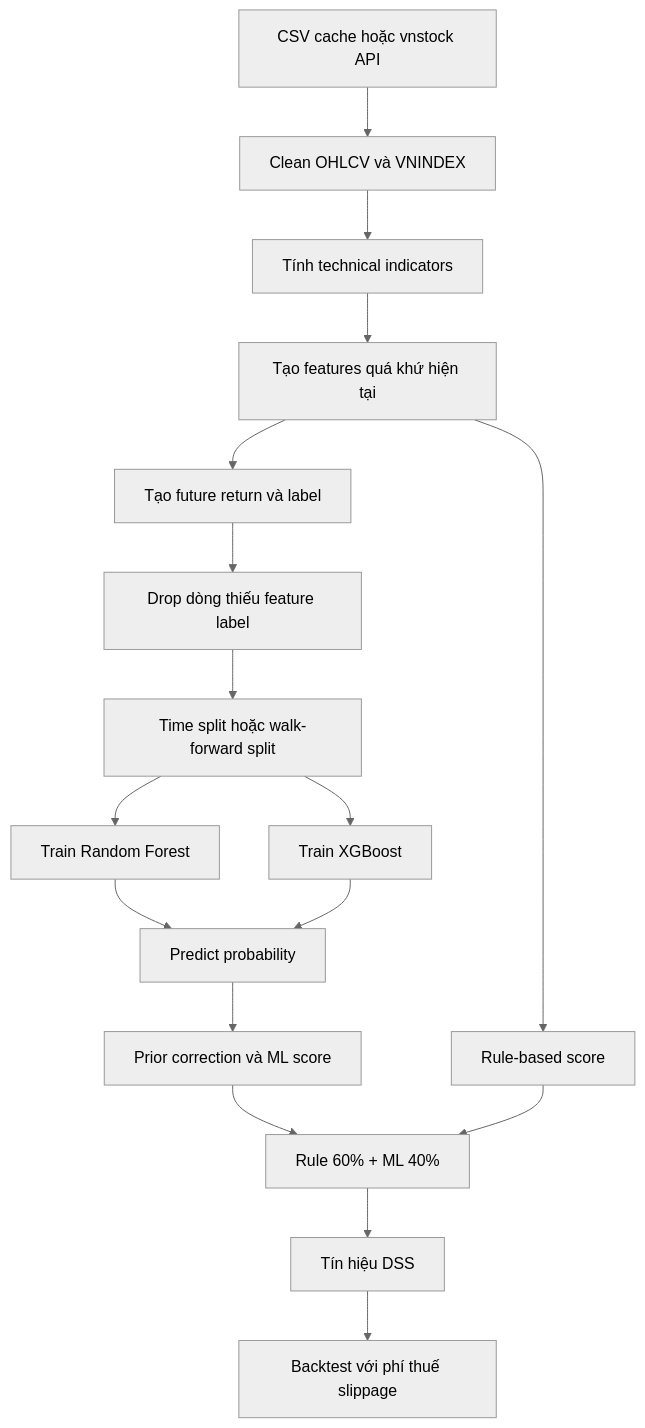
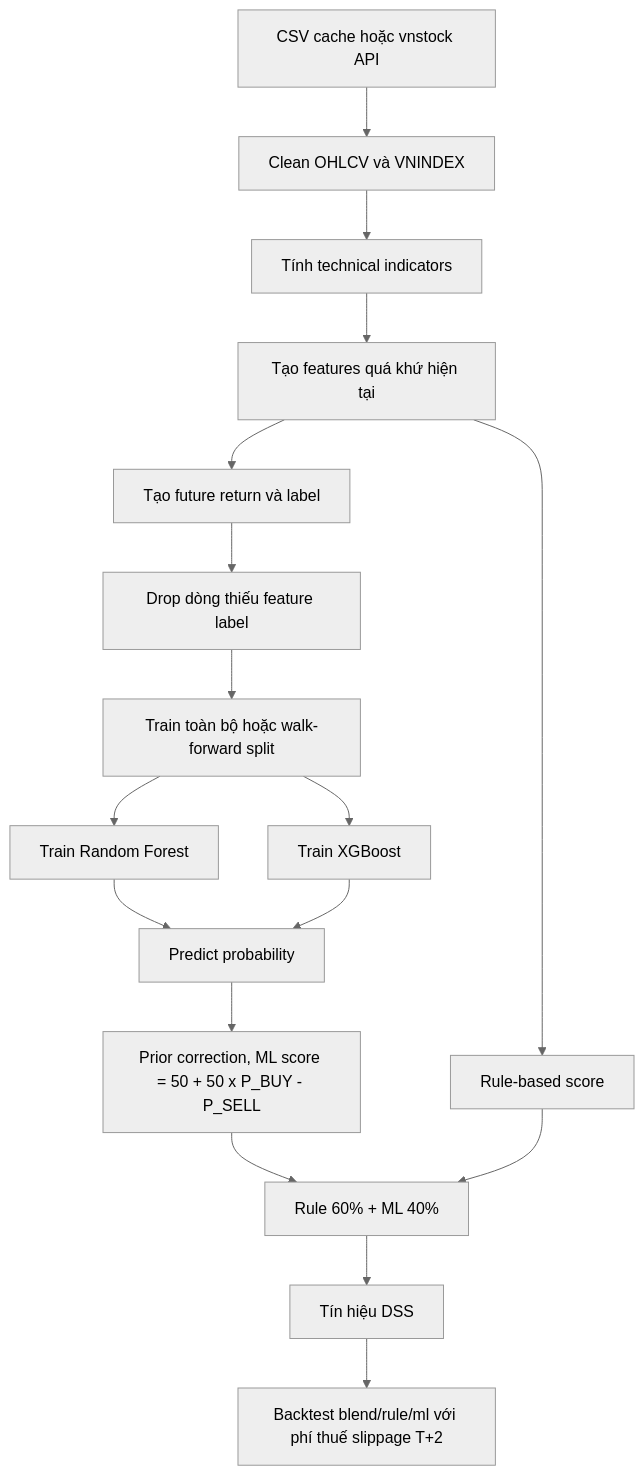
One commit to DuykoNgu/Dss changed the diagram in ML_HANDOVER_GUIDE.md. Above: the diagram before and after it, drawn with Mermaid (neutral theme). The commit also changed other lines of this file and 29 other files, not shown here.

````diff
--- a/ML_HANDOVER_GUIDE.md
+++ b/ML_HANDOVER_GUIDE.md
@@ -27,19 +27,19 @@
 ```mermaid
 flowchart TD
     A[CSV cache hoặc vnstock API] --> B[Clean OHLCV và VNINDEX]
     B --> C[Tính technical indicators]
     C --> D[Tạo features quá khứ hiện tại]
     D --> E[Tạo future return và label]
     E --> F[Drop dòng thiếu feature label]
-    F --> G[Time split hoặc walk-forward split]
+    F --> G[Train toàn bộ hoặc walk-forward split]
     G --> H[Train Random Forest]
     G --> I[Train XGBoost]
     H --> J[Predict probability]
     I --> J
-    J --> K[Prior correction và ML score]
+    J --> K[Prior correction, ML score = 50 + 50 x P_BUY - P_SELL]
     D --> L[Rule-based score]
     K --> M[Rule 60% + ML 40%]
     L --> M
     M --> N[Tín hiệu DSS]
-    N --> O[Backtest với phí thuế slippage]
+    N --> O[Backtest blend/rule/ml với phí thuế slippage T+2]
 ```
````
